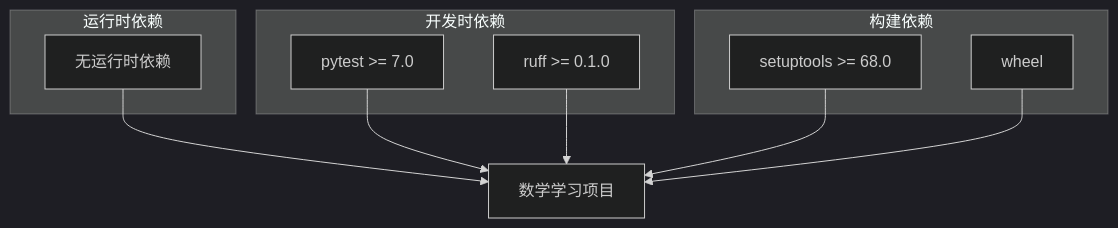
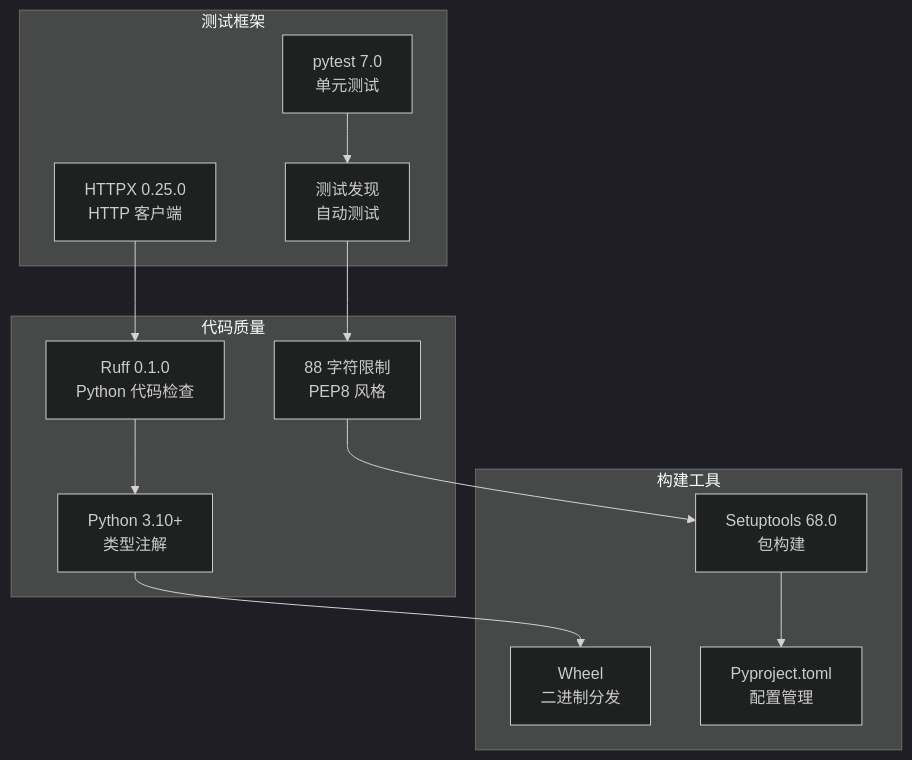
One commit to SimonWHL/math-learning changed diagram 11 of 12 in .qoder/repowiki/zh/content/项目概述.md. Above: the diagram before and after it, drawn with Mermaid (dark theme). The commit also changed other lines of this file and 18 other files, not shown here.

````diff
--- a/.qoder/repowiki/zh/content/项目概述.md
+++ b/.qoder/repowiki/zh/content/项目概述.md
@@ -231,19 +433,25 @@
 ```mermaid
 graph TB
-subgraph "运行时依赖"
-A[无运行时依赖]
+subgraph "测试框架"
+A[pytest 7.0<br/>单元测试]
+B[HTTPX 0.25.0<br/>HTTP 客户端]
+C[测试发现<br/>自动测试]
 end
-subgraph "开发时依赖"
-B[pytest >= 7.0]
-C[ruff >= 0.1.0]
+subgraph "代码质量"
+D[Ruff 0.1.0<br/>Python 代码检查]
+E[88 字符限制<br/>PEP8 风格]
+F[Python 3.10+<br/>类型注解]
 end
-subgraph "构建依赖"
-D[setuptools >= 68.0]
-E[wheel]
+subgraph "构建工具"
+G[Setuptools 68.0<br/>包构建]
+H[Wheel<br/>二进制分发]
+I[Pyproject.toml<br/>配置管理]
 end
-A --> F[数学学习项目]
-B --> F
-C --> F
+A --> C
+B --> D
+C --> E
 D --> F
-E --> F
+E --> G
+F --> H
+G --> I
 ```
````
